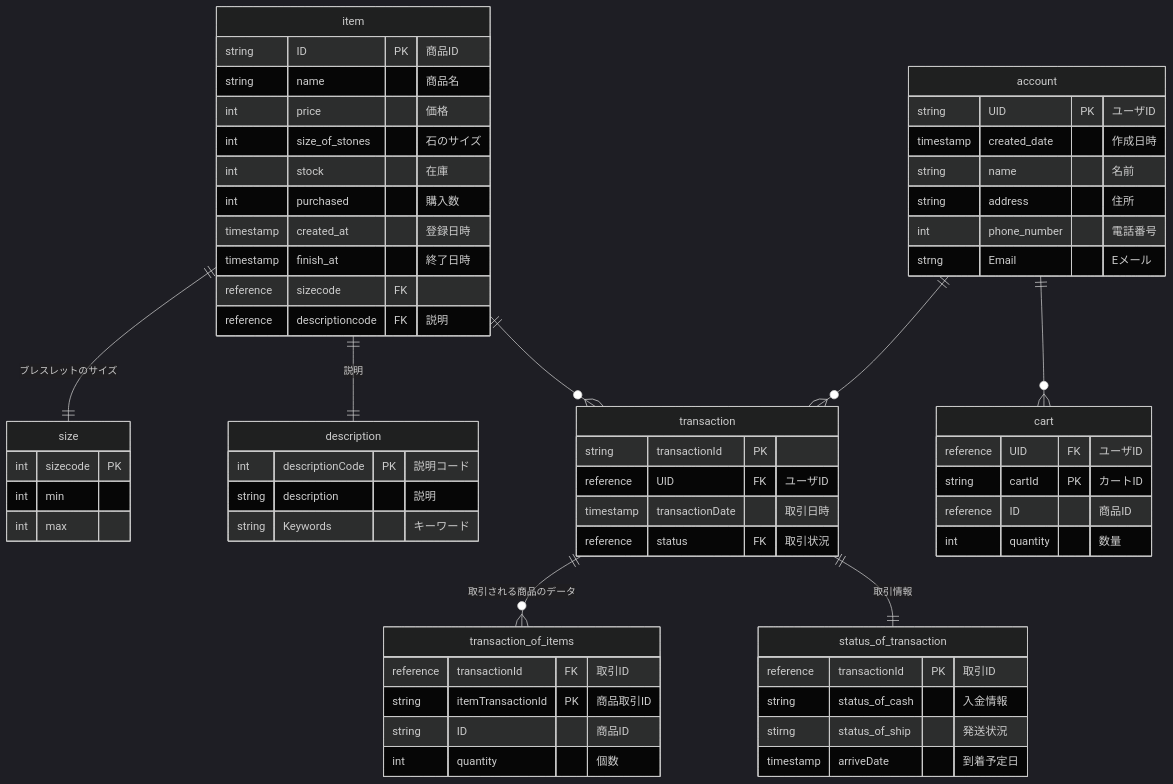
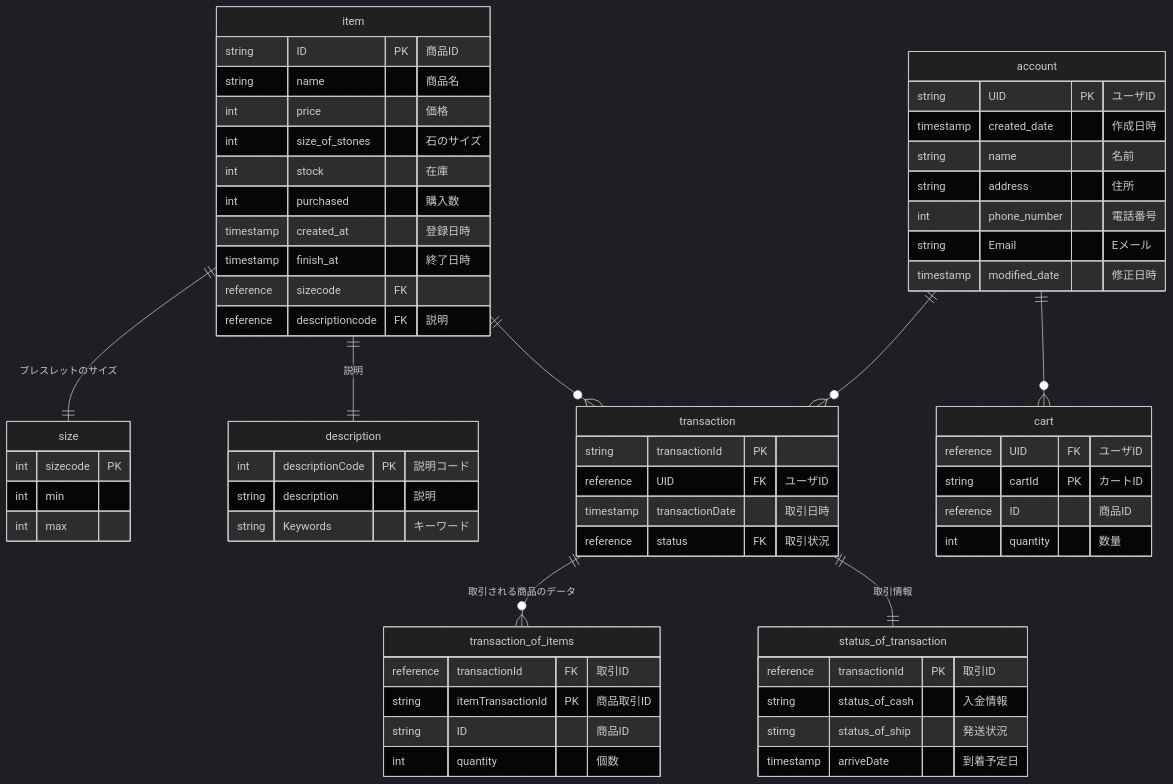
One commit to WhatACotton/CharisWorks-BackEnd changed the diagram in README.md. Above: the diagram before and after it, drawn with Mermaid (dark theme).

````diff
--- a/README.md
+++ b/README.md
@@ -8,66 +8,67 @@
 ```mermaid
 erDiagram 
 
 item ||--|| size:"ブレスレットのサイズ"
 item ||--|| description:"説明"
 transaction ||--o{ transaction_of_items:"取引される商品のデータ"
 item ||--o{ transaction:""
 transaction||--||status_of_transaction:"取引情報"
 account ||--o{transaction:""
 account ||--o{cart:""
 
 item{
 	string ID PK "商品ID"
 	string name "商品名"
 	int price "価格"
 	int size_of_stones"石のサイズ"
 	int stock "在庫"
 	int purchased "購入数"
 	timestamp created_at"登録日時"
 	timestamp finish_at "終了日時"
 	reference sizecode FK 
 	reference descriptioncode FK "説明"
 }
 size{
 	int sizecode PK
 	int min
 	int max
 }
 description{
 	int descriptionCode PK "説明コード"
 	string description "説明"
 	string Keywords "キーワード"
 }
 transaction{
 	string transactionId PK
 	reference UID FK "ユーザID"
 	timestamp transactionDate "取引日時"
 	reference status FK "取引状況"
 }
 transaction_of_items{
 	reference transactionId FK "取引ID"
 	string itemTransactionId PK "商品取引ID"
   string ID "商品ID"
 	int quantity "個数"
 }
 status_of_transaction{
 	reference transactionId PK "取引ID"
 	string status_of_cash "入金情報"
 	stirng status_of_ship "発送状況"
 	timestamp arriveDate "到着予定日"
 }
 account{
   string UID PK "ユーザID"
   timestamp created_date "作成日時"
   string name "名前"
   string address "住所"
   int phone_number "電話番号"
-  strng Email "Eメール"
+  string Email "Eメール"
+  timestamp modified_date "修正日時"
 }
 cart{
   reference UID FK "ユーザID"
   string cartId PK "カートID"
   reference ID "商品ID"
   int quantity "数量"
 }
 ```
````
